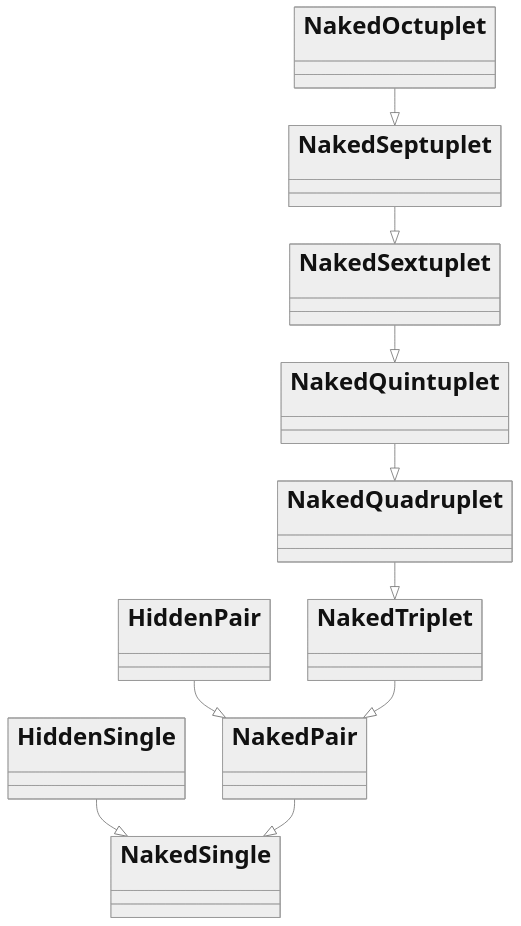
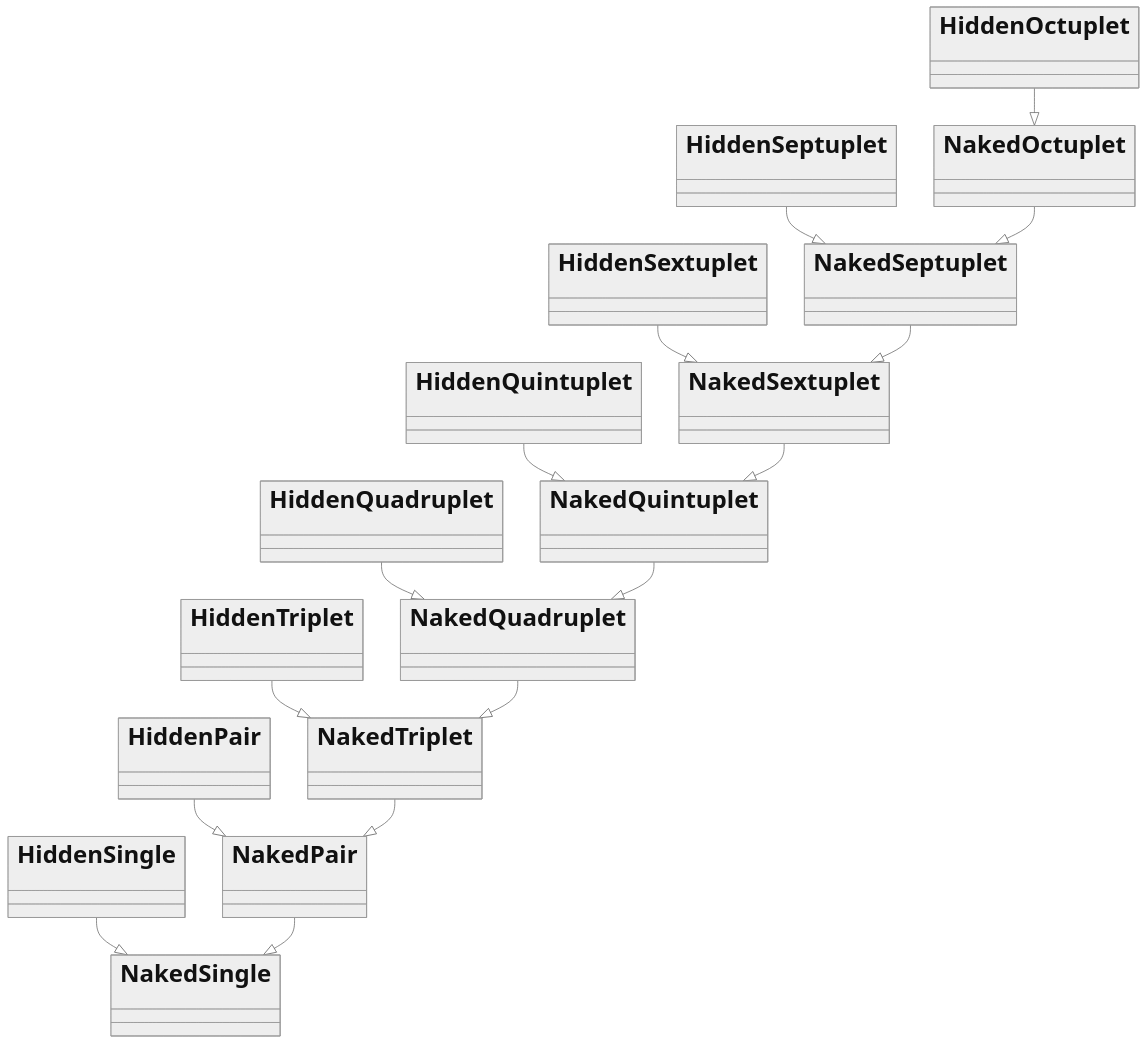
Before and after one commit to Sudokuru/Sudokuru: the diagram in PREREQS.md, drawn with Mermaid.

Commit message:
Added hidden triplet through octuplet to PREREQS.md

````diff
--- a/PREREQS.md
+++ b/PREREQS.md
@@ -7,13 +7,19 @@
 ```mermaid
 %%{init: {'theme': 'neutral', 'themeVariables': { 'fontSize': '32px', 'fontFamily': 'arial'}}}%%
 classDiagram
     HiddenSingle --<| NakedSingle
     HiddenPair --<| NakedPair
+    HiddenTriplet --<| NakedTriplet
+    HiddenQuadruplet --<| NakedQuadruplet
+    HiddenQuintuplet --<| NakedQuintuplet
+    HiddenSextuplet --<| NakedSextuplet
+    HiddenSeptuplet --<| NakedSeptuplet
+    HiddenOctuplet --<| NakedOctuplet
     NakedPair --<| NakedSingle
     NakedTriplet --<| NakedPair
     NakedQuadruplet --<| NakedTriplet
     NakedQuintuplet --<| NakedQuadruplet
     NakedSextuplet --<| NakedQuintuplet
     NakedSeptuplet --<| NakedSextuplet
     NakedOctuplet --<| NakedSeptuplet
 ```
````
